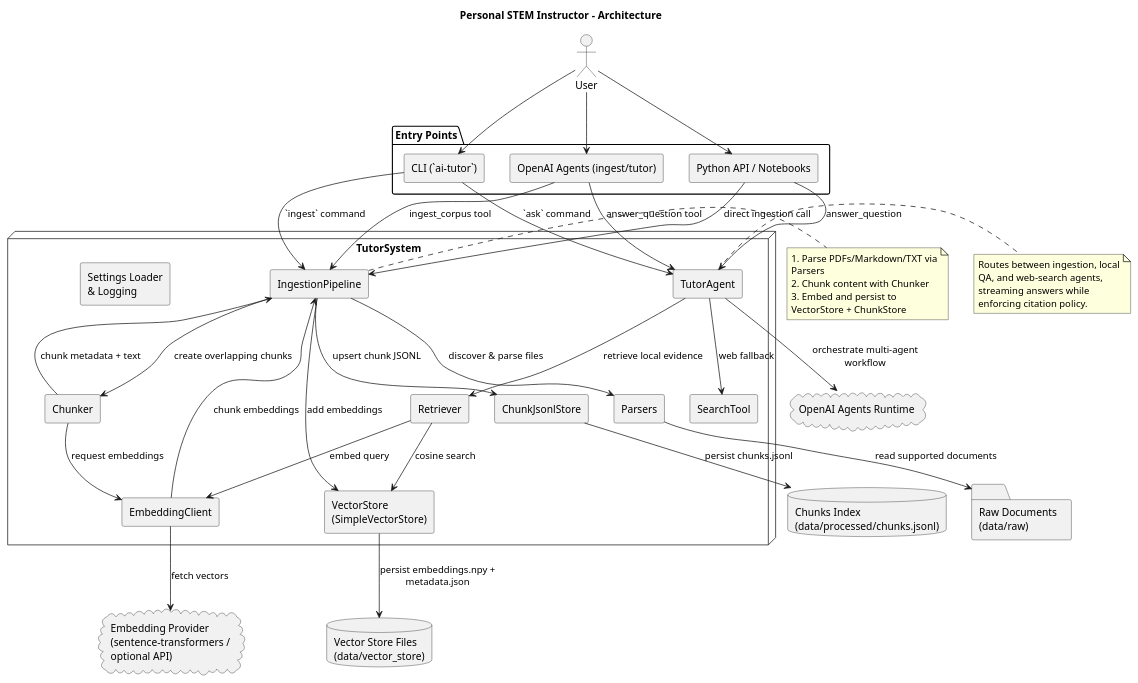
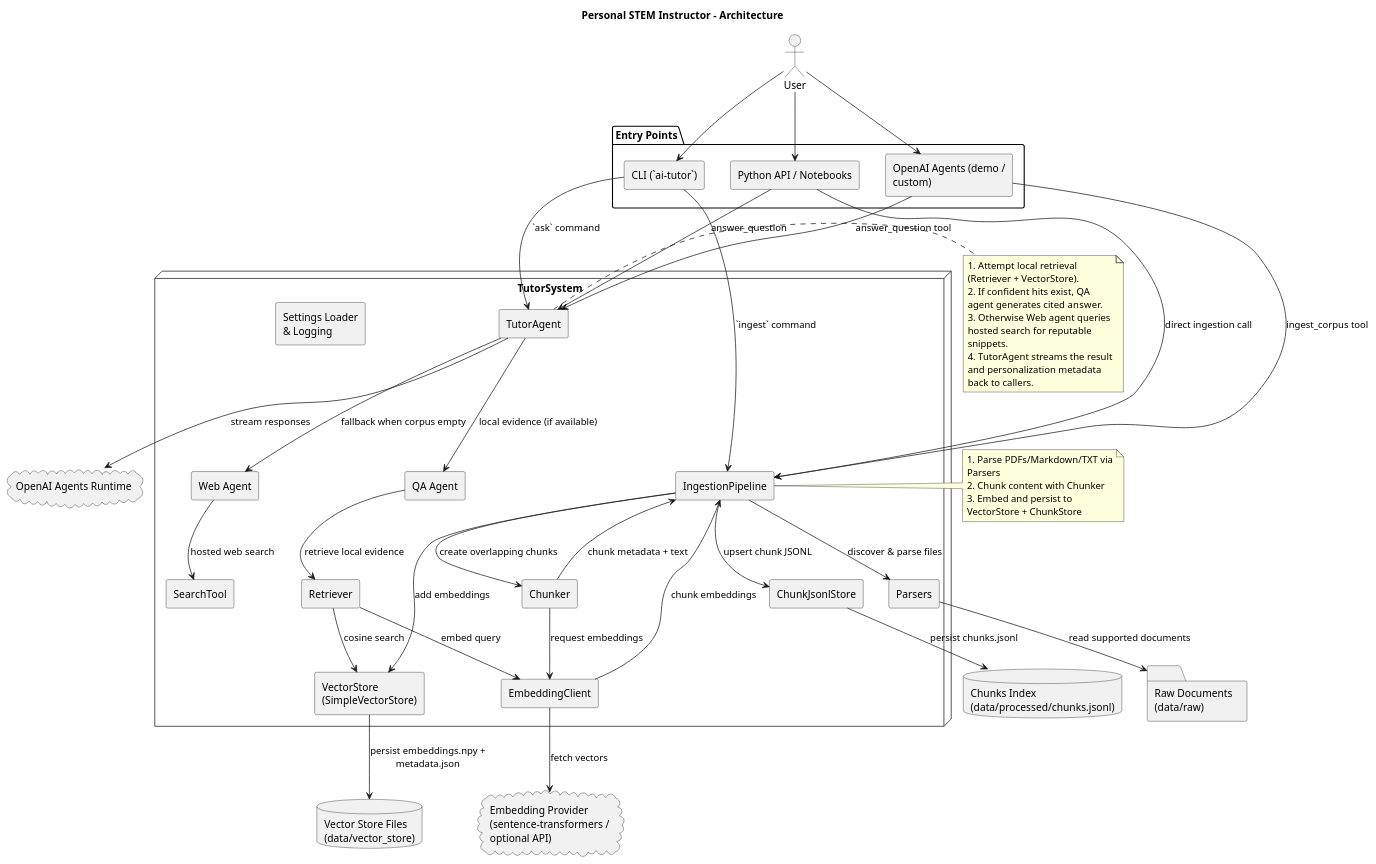
The diagram in docs/architecture.puml (HenryNVP/ai-tutor), drawn with PlantUML before and after one commit. The commit also changed 7 other files, not shown here.

```diff
--- a/docs/architecture.puml
+++ b/docs/architecture.puml
@@ -1,74 +1,80 @@
 @startuml
 skinparam componentStyle rectangle
 skinparam wrapWidth 200
 skinparam maxMessageSize 200
 title Personal STEM Instructor – Architecture
 
 actor User
 
 package "Entry Points" {
   component "CLI (`ai-tutor`)" as CLI
-  component "OpenAI Agents (ingest/tutor)" as AgentRunner
+  component "OpenAI Agents (demo / custom)" as AgentRunner
   component "Python API / Notebooks" as PythonAPI
 }
 
 node "TutorSystem" as TutorSystem {
   component "Settings Loader\n& Logging" as Settings
   component "IngestionPipeline" as Ingestion
   component "TutorAgent" as TutorAgent
   component "Retriever" as Retriever
   component "EmbeddingClient" as EmbeddingClient
   component "SearchTool" as SearchTool
   component "VectorStore\n(SimpleVectorStore)" as VectorStore
   component "ChunkJsonlStore" as ChunkStore
   component "Parsers" as Parsers
   component "Chunker" as Chunker
+  component "QA Agent" as QA
+  component "Web Agent" as Web
 }
 
 database "Vector Store Files\n(data/vector_store)" as VectorFS
 database "Chunks Index\n(data/processed/chunks.jsonl)" as ChunkFS
 folder "Raw Documents\n(data/raw)" as RawDocs
 cloud "OpenAI Agents Runtime" as OpenAIAgents
 cloud "Embedding Provider\n(sentence-transformers / optional API)" as EmbeddingProvider
 
 User --> CLI
 User --> AgentRunner
 User --> PythonAPI
 
 CLI --> Ingestion : `ingest` command
 CLI --> TutorAgent : `ask` command
 AgentRunner --> Ingestion : ingest_corpus tool
 AgentRunner --> TutorAgent : answer_question tool
 PythonAPI --> Ingestion : direct ingestion call
 PythonAPI --> TutorAgent : answer_question
 
 Ingestion --> Parsers : discover & parse files
 Parsers --> RawDocs : read supported documents
 Ingestion --> Chunker : create overlapping chunks
 Chunker --> Ingestion : chunk metadata + text
 Chunker --> EmbeddingClient : request embeddings
 EmbeddingClient --> EmbeddingProvider : fetch vectors
 EmbeddingClient --> Ingestion : chunk embeddings
 Ingestion --> VectorStore : add embeddings
 VectorStore --> VectorFS : persist embeddings.npy + metadata.json
 Ingestion --> ChunkStore : upsert chunk JSONL
 ChunkStore --> ChunkFS : persist chunks.jsonl
 
-TutorAgent --> Retriever : retrieve local evidence
+TutorAgent --> QA : local evidence (if available)
+QA --> Retriever : retrieve local evidence
 Retriever --> EmbeddingClient : embed query
 Retriever --> VectorStore : cosine search
-TutorAgent --> SearchTool : web fallback
-TutorAgent --> OpenAIAgents : orchestrate multi-agent workflow
+TutorAgent --> Web : fallback when corpus empty
+Web --> SearchTool : hosted web search
+TutorAgent --> OpenAIAgents : stream responses
 
 note right of Ingestion
   1. Parse PDFs/Markdown/TXT via Parsers
   2. Chunk content with Chunker
   3. Embed and persist to VectorStore + ChunkStore
 end note
 
 note right of TutorAgent
-  Routes between ingestion, local QA, and web-search agents,
-  streaming answers while enforcing citation policy.
+  1. Attempt local retrieval (Retriever + VectorStore).
+  2. If confident hits exist, QA agent generates cited answer.
+  3. Otherwise Web agent queries hosted search for reputable snippets.
+  4. TutorAgent streams the result and personalization metadata back to callers.
 end note
 
 @enduml
```
